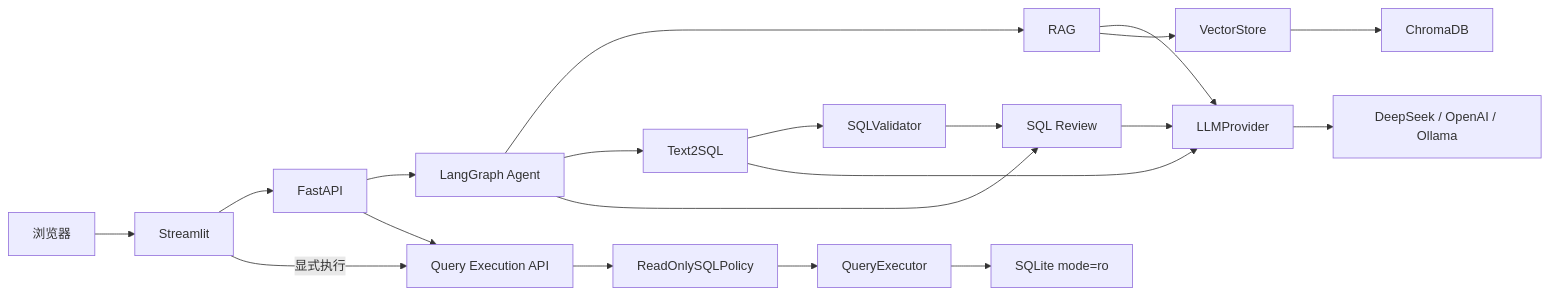
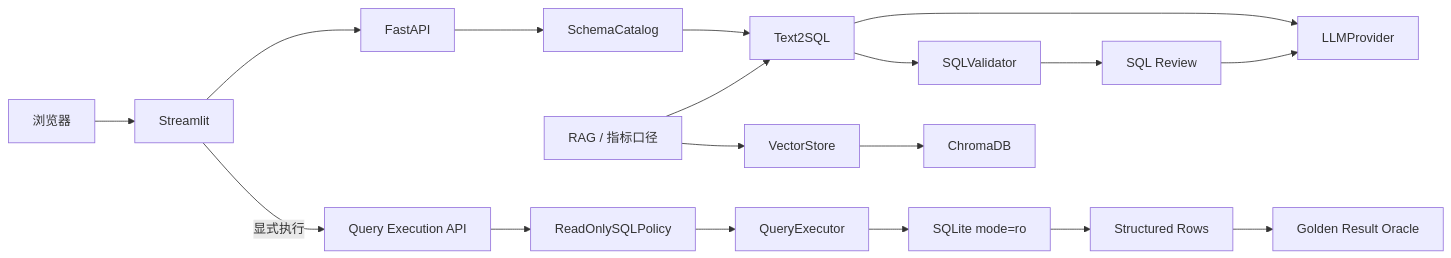
Before and after one commit to plutoczm/DataCopilot: the second of 10 diagrams in docs/ARCHITECTURE.md, drawn with Mermaid. The commit also changed other lines of this file, not shown here.

Commit message:
docs: add schema catalog and result oracle architecture

````diff
--- a/docs/ARCHITECTURE.md
+++ b/docs/ARCHITECTURE.md
@@ -56,22 +50,20 @@
 ```mermaid
 flowchart LR
     Browser[浏览器] --> UI[Streamlit]
     UI --> API[FastAPI]
-    API --> Agent[LangGraph Agent]
-    API --> ExecuteAPI[Query Execution API]
-    Agent --> RAG[RAG]
-    Agent --> T2S[Text2SQL]
-    Agent --> Review[SQL Review]
+    API --> Catalog[SchemaCatalog]
+    Catalog --> T2S[Text2SQL]
+    KB[RAG / 指标口径] --> T2S
     T2S --> Guard[SQLValidator]
-    Guard --> Review
-    UI -->|显式执行| ExecuteAPI
+    Guard --> Review[SQL Review]
+    UI -->|显式执行| ExecuteAPI[Query Execution API]
     ExecuteAPI --> Policy[ReadOnlySQLPolicy]
     Policy --> QueryPort[QueryExecutor]
     QueryPort --> SQLite[SQLite mode=ro]
-    RAG --> LLMPort[LLMProvider]
-    T2S --> LLMPort
+    SQLite --> Rows[Structured Rows]
+    Rows --> Oracle[Golden Result Oracle]
+    T2S --> LLMPort[LLMProvider]
     Review --> LLMPort
-    LLMPort --> Provider[DeepSeek / OpenAI / Ollama]
-    RAG --> VectorPort[VectorStore]
+    KB --> VectorPort[VectorStore]
     VectorPort --> Chroma[ChromaDB]
 ```
````
